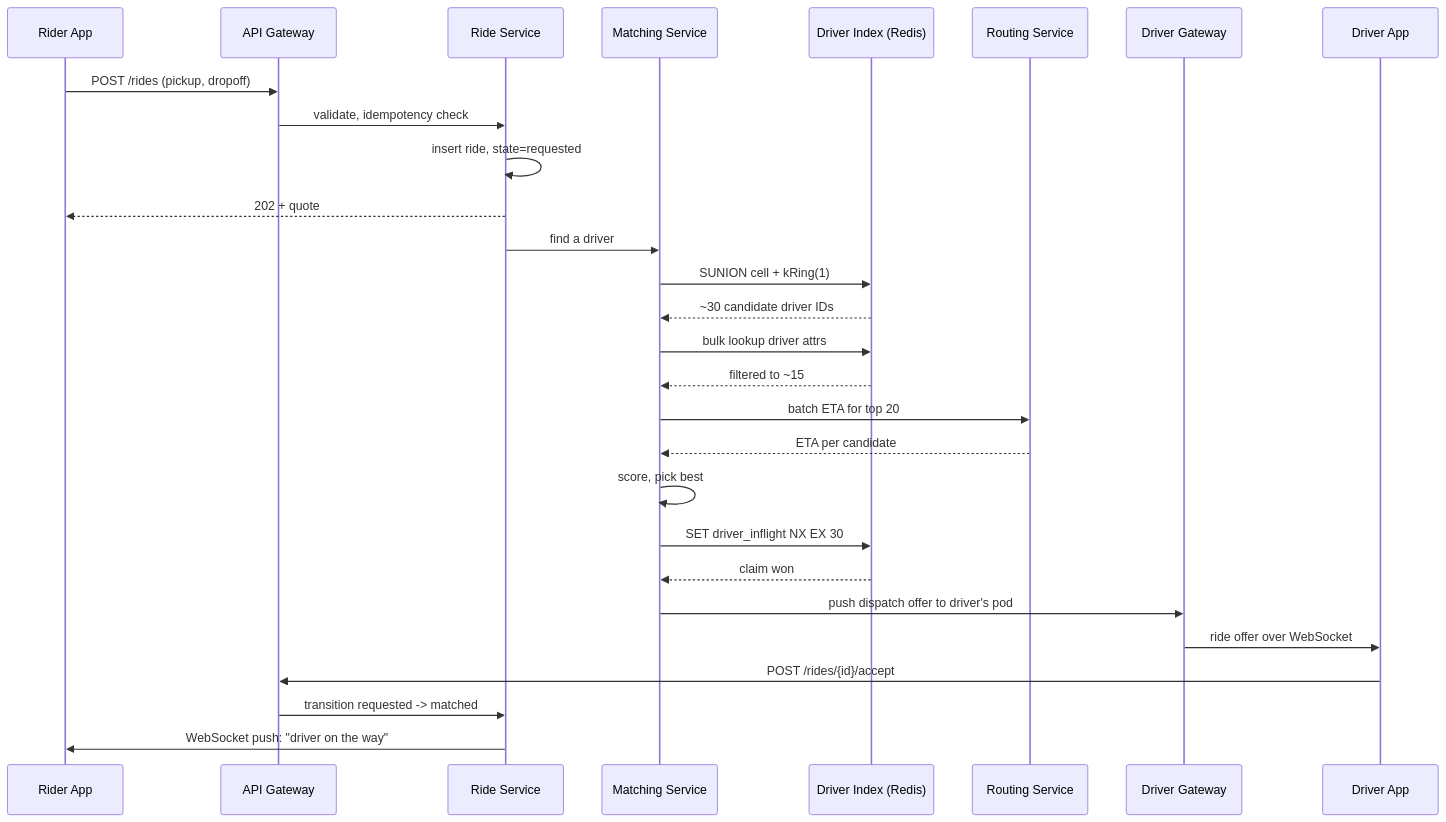
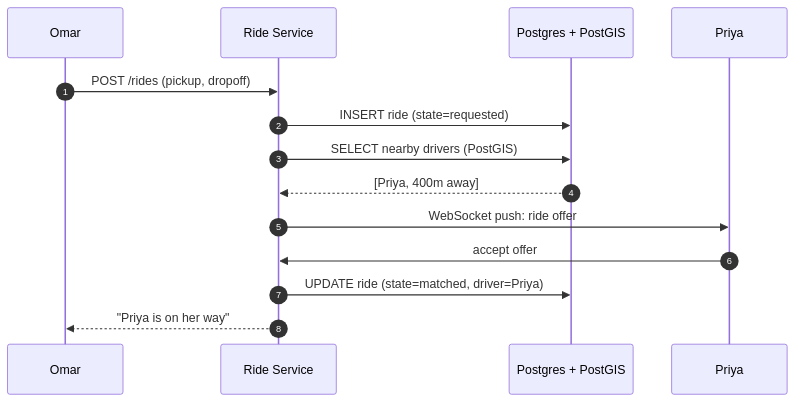
Before and after one commit to shiningflash/shiningflash.github.io: the third of 15 diagrams in _practice/system-design/007-ride-sharing.md, drawn with Mermaid. The commit also changed other lines of this file and 19 other files, not shown here.

````diff
--- a/_practice/system-design/007-ride-sharing.md
+++ b/_practice/system-design/007-ride-sharing.md
@@ -451,31 +146,17 @@
 ```mermaid
 sequenceDiagram
-    participant R as Rider App
-    participant API as API Gateway
-    participant Ride as Ride Service
-    participant M as Matching Service
-    participant Redis as Driver Index (Redis)
-    participant Route as Routing Service
-    participant GW as Driver Gateway
-    participant D as Driver App
+    autonumber
+    participant Omar
+    participant API as Ride Service
+    participant DB as Postgres + PostGIS
+    participant Priya
 
-    R->>API: POST /rides (pickup, dropoff)
-    API->>Ride: validate, idempotency check
-    Ride->>Ride: insert ride, state=requested
-    Ride-->>R: 202 + quote
-    Ride->>M: find a driver
-    M->>Redis: SUNION cell + kRing(1)
-    Redis-->>M: ~30 candidate driver IDs
-    M->>Redis: bulk lookup driver attrs
-    Redis-->>M: filtered to ~15
-    M->>Route: batch ETA for top 20
-    Route-->>M: ETA per candidate
-    M->>M: score, pick best
-    M->>Redis: SET driver_inflight NX EX 30
-    Redis-->>M: claim won
-    M->>GW: push dispatch offer to driver's pod
-    GW->>D: ride offer over WebSocket
-    D->>API: POST /rides/{id}/accept
-    API->>Ride: transition requested -> matched
-    Ride->>R: WebSocket push: "driver on the way"
+    Omar->>API: POST /rides (pickup, dropoff)
+    API->>DB: INSERT ride (state=requested)
+    API->>DB: SELECT nearby drivers (PostGIS)
+    DB-->>API: [Priya, 400m away]
+    API->>Priya: WebSocket push: ride offer
+    Priya->>API: accept offer
+    API->>DB: UPDATE ride (state=matched, driver=Priya)
+    API-->>Omar: "Priya is on her way"
 ```
````
